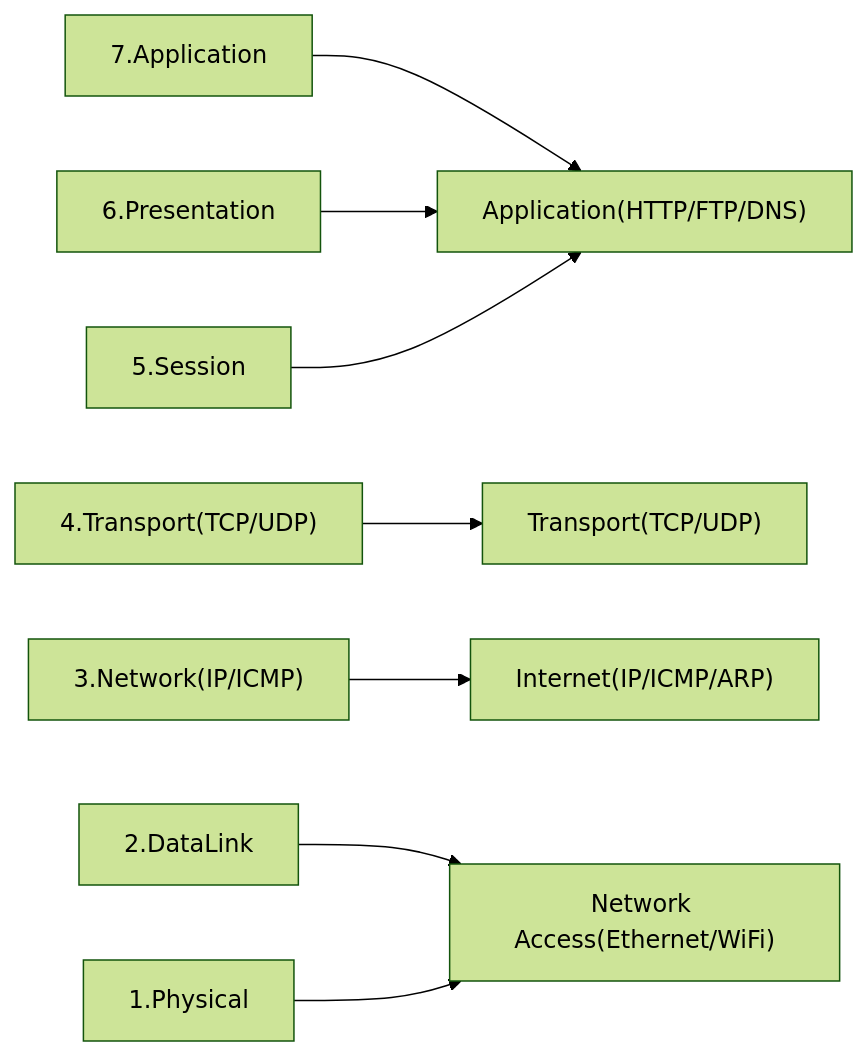
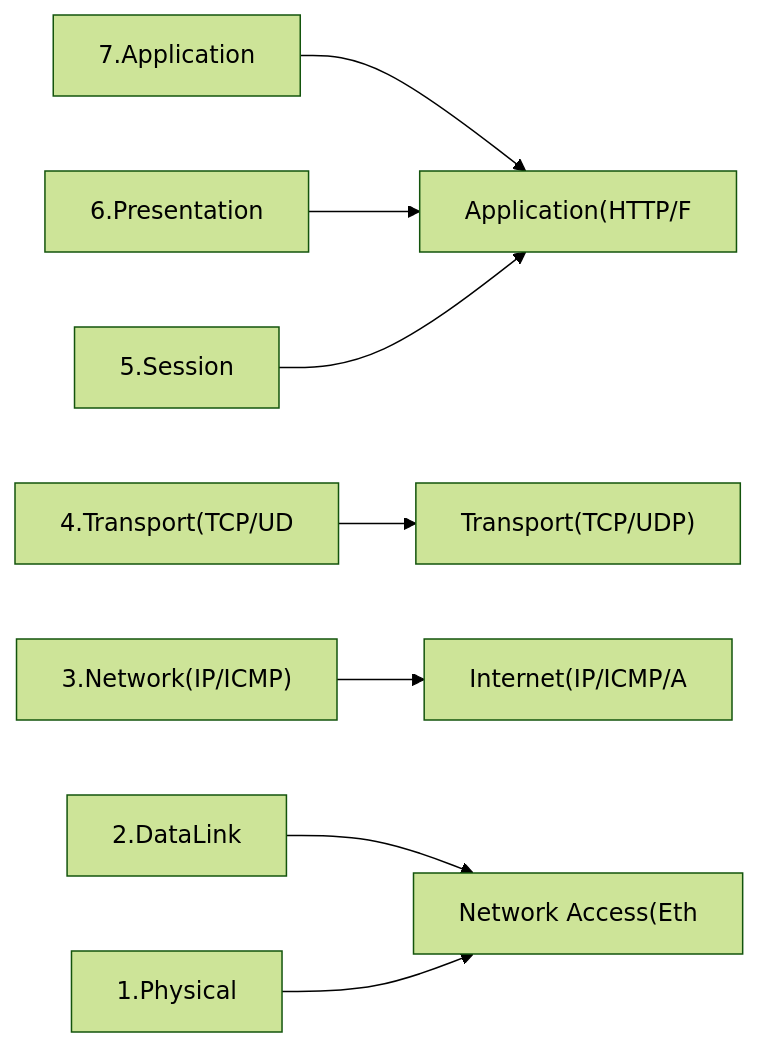
One commit to yjkim2015/yjkim2015.github.io changed the fifth of 6 diagrams in _posts/network/2026-05-01-osi-7-layer.md. Above: the diagram before and after it, drawn with Mermaid (forest theme). The commit also changed other lines of this file and 271 other files, not shown here.

First line of the commit message:
Mermaid 라벨 축소: 긴 노드 텍스트 18자 이하로 트림 + \n 제거

````diff
--- a/_posts/network/2026-05-01-osi-7-layer.md
+++ b/_posts/network/2026-05-01-osi-7-layer.md
@@ -243,10 +243,10 @@
 ```mermaid
 graph LR
-    O7["7.Application"] --> T4["Application(HTTP/FTP/DNS)"]
+    O7["7.Application"] --> T4["Application(HTTP/F"]
     O6["6.Presentation"] --> T4
     O5["5.Session"] --> T4
-    O4["4.Transport(TCP/UDP)"] --> T3["Transport(TCP/UDP)"]
-    O3["3.Network(IP/ICMP)"] --> T2["Internet(IP/ICMP/ARP)"]
-    O2["2.DataLink"] --> T1["Network Access(Ethernet/WiFi)"]
+    O4["4.Transport(TCP/UD"] --> T3["Transport(TCP/UDP)"]
+    O3["3.Network(IP/ICMP)"] --> T2["Internet(IP/ICMP/A"]
+    O2["2.DataLink"] --> T1["Network Access(Eth"]
     O1["1.Physical"] --> T1
 ```
````
